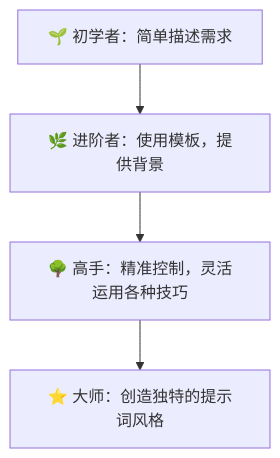
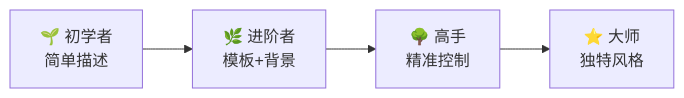
The diagram in 08-提示词技巧.md (Leo-Wei105/vibe-coding-guide), drawn with Mermaid before and after one commit. The commit also changed 9 other files, not shown here.

````diff
--- a/08-提示词技巧.md
+++ b/08-提示词技巧.md
@@ -841,6 +841,4 @@
 ```mermaid
-flowchart TD
-    A["🌱 初学者：简单描述需求"] --> B["🌿 进阶者：使用模板，提供背景"]
-    B --> C["🌳 高手：精准控制，灵活运用各种技巧"]
-    C --> D["⭐ 大师：创造独特的提示词风格"]
+flowchart LR
+    A[🌱 初学者<br/>简单描述] --> B[🌿 进阶者<br/>模板+背景] --> C[🌳 高手<br/>精准控制] --> D[⭐ 大师<br/>独特风格]
 ```
````
